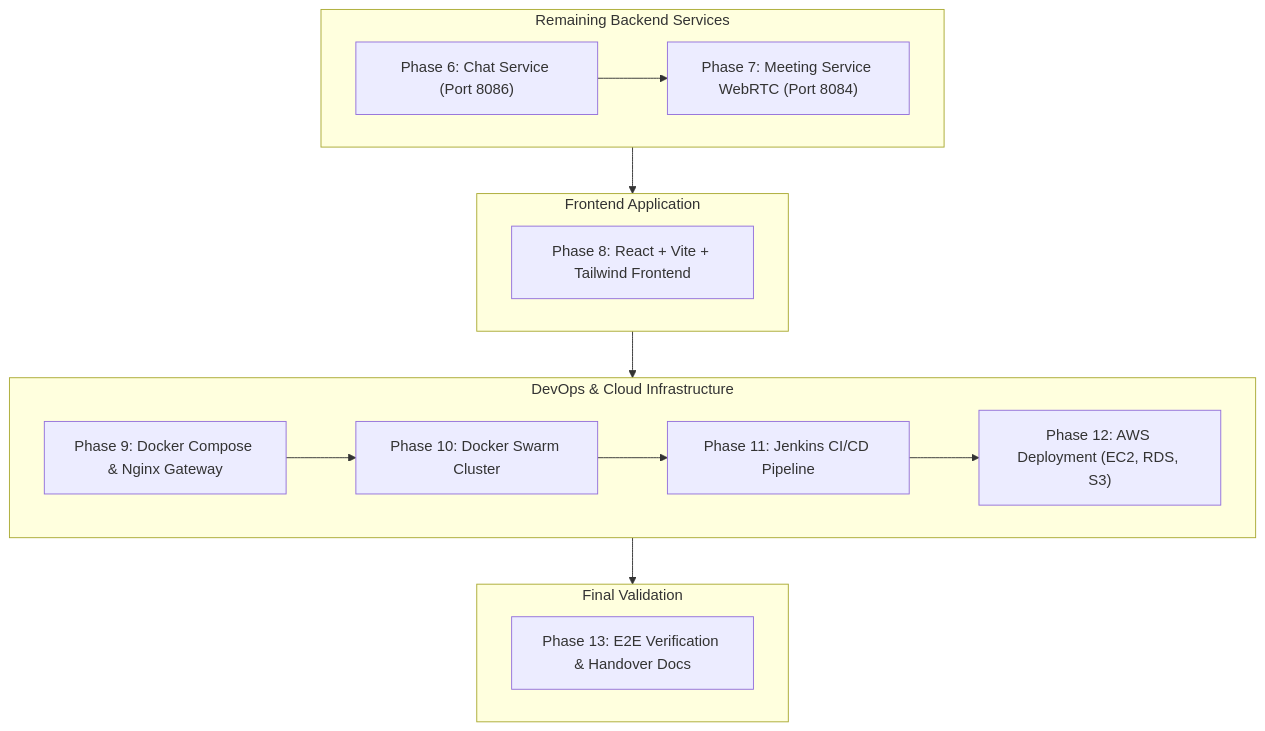
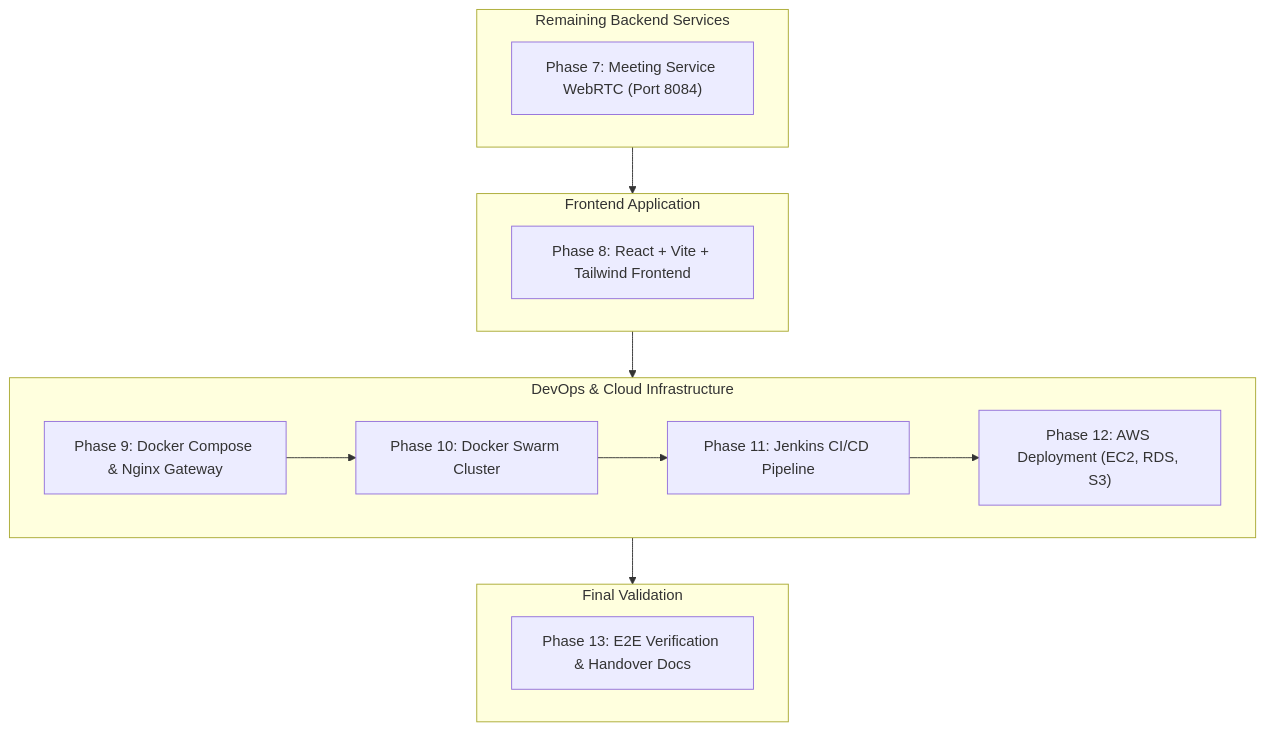
The diagram in IMPLEMENTATION_STATUS.md (Shashanklko/Lawino-Meet), drawn with Mermaid before and after one commit. The commit also changed other lines of this file and 23 other files, not shown here.

Commit message:
feat(chat): complete Phase 6 Chat Service with WebSocket messaging and conversation threads

````diff
--- a/IMPLEMENTATION_STATUS.md
+++ b/IMPLEMENTATION_STATUS.md
@@ -138,24 +160,24 @@
 ```mermaid
 flowchart TD
     subgraph BACKEND_REMAINING["Remaining Backend Services"]
-        P6["Phase 6: Chat Service (Port 8086)"] --> P7["Phase 7: Meeting Service WebRTC (Port 8084)"]
+        P7["Phase 7: Meeting Service WebRTC (Port 8084)"]
     end
 
     subgraph FRONTEND["Frontend Application"]
         P8["Phase 8: React + Vite + Tailwind Frontend"]
     end
 
     subgraph DEVOPS["DevOps & Cloud Infrastructure"]
         P9["Phase 9: Docker Compose & Nginx Gateway"] --> P10["Phase 10: Docker Swarm Cluster"]
         P10 --> P11["Phase 11: Jenkins CI/CD Pipeline"]
         P11 --> P12["Phase 12: AWS Deployment (EC2, RDS, S3)"]
     end
 
     subgraph FINAL["Final Validation"]
         P13["Phase 13: E2E Verification & Handover Docs"]
     end
 
     BACKEND_REMAINING --> FRONTEND
     FRONTEND --> DEVOPS
     DEVOPS --> FINAL
 ```
````
